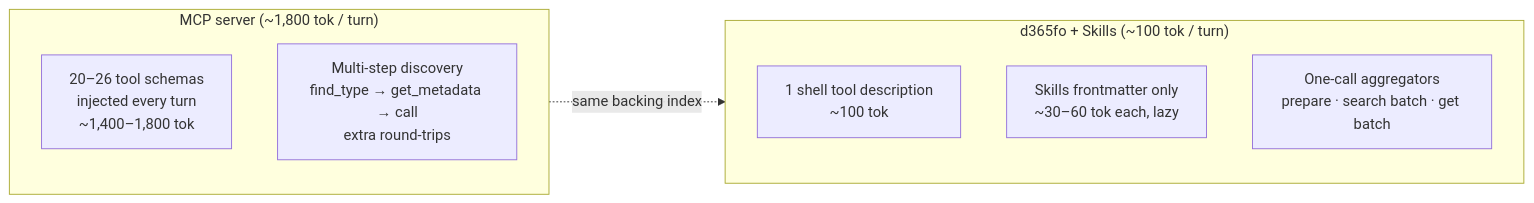
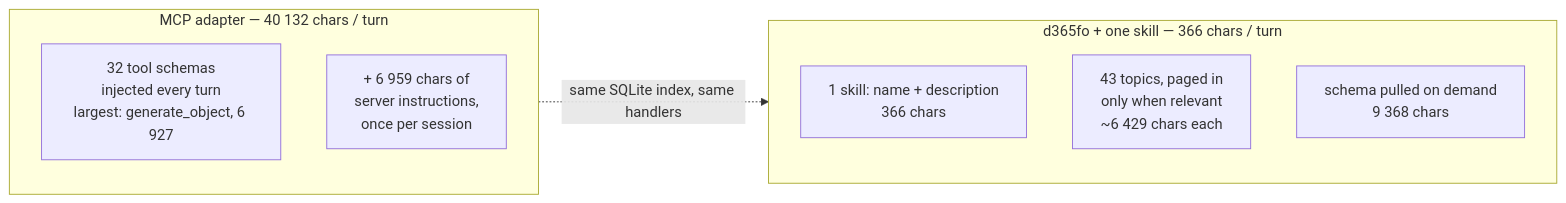
One commit to dynamics365ninja/d365fo-cli changed the diagram in docs/TOKEN_ECONOMICS.md. Above: the diagram before and after it, drawn with Mermaid. The commit also changed other lines of this file and 18 other files, not shown here.

````diff
--- a/docs/TOKEN_ECONOMICS.md
+++ b/docs/TOKEN_ECONOMICS.md
@@ -9,15 +49,15 @@
 ```mermaid
 flowchart LR
-    subgraph MCP["MCP server (~1,800 tok / turn)"]
+    subgraph MCP["MCP adapter — 40 132 chars / turn"]
         direction TB
-        M1["20–26 tool schemas<br/>injected every turn<br/>~1,400–1,800 tok"]
-        M2["Multi-step discovery<br/>find_type → get_metadata → call<br/>extra round-trips"]
+        M1["32 tool schemas<br/>injected every turn<br/>largest: generate_object, 6 927"]
+        M2["+ 6 959 chars of<br/>server instructions,<br/>once per session"]
     end
-    subgraph CLI["d365fo + Skills (~100 tok / turn)"]
+    subgraph CLI["d365fo + one skill — 366 chars / turn"]
         direction TB
-        C1["1 shell tool description<br/>~100 tok"]
-        C2["Skills frontmatter only<br/>~30–60 tok each, lazy"]
-        C3["One-call aggregators<br/>prepare · search batch · get batch"]
+        C1["1 skill: name + description<br/>366 chars"]
+        C2["43 topics, paged in<br/>only when relevant<br/>~6 429 chars each"]
+        C3["schema pulled on demand<br/>9 368 chars"]
     end
-    MCP -.->|same backing index| CLI
+    MCP -.->|same SQLite index, same handlers| CLI
 ```
````
